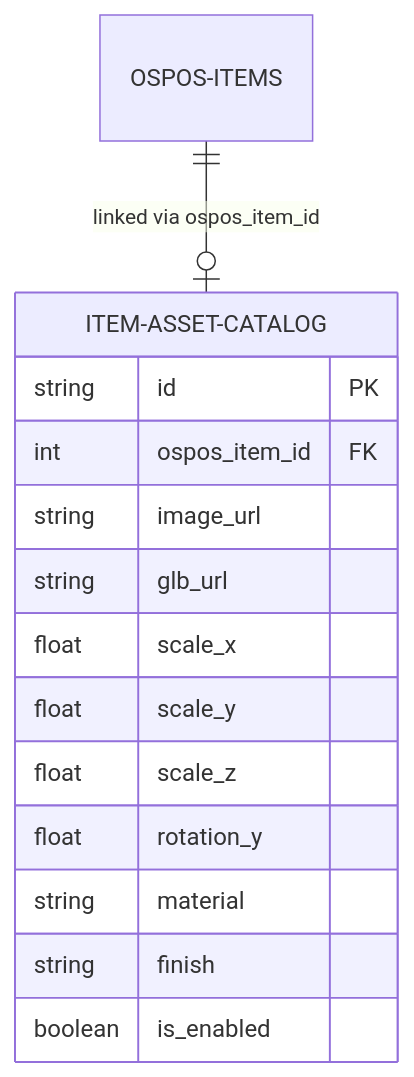
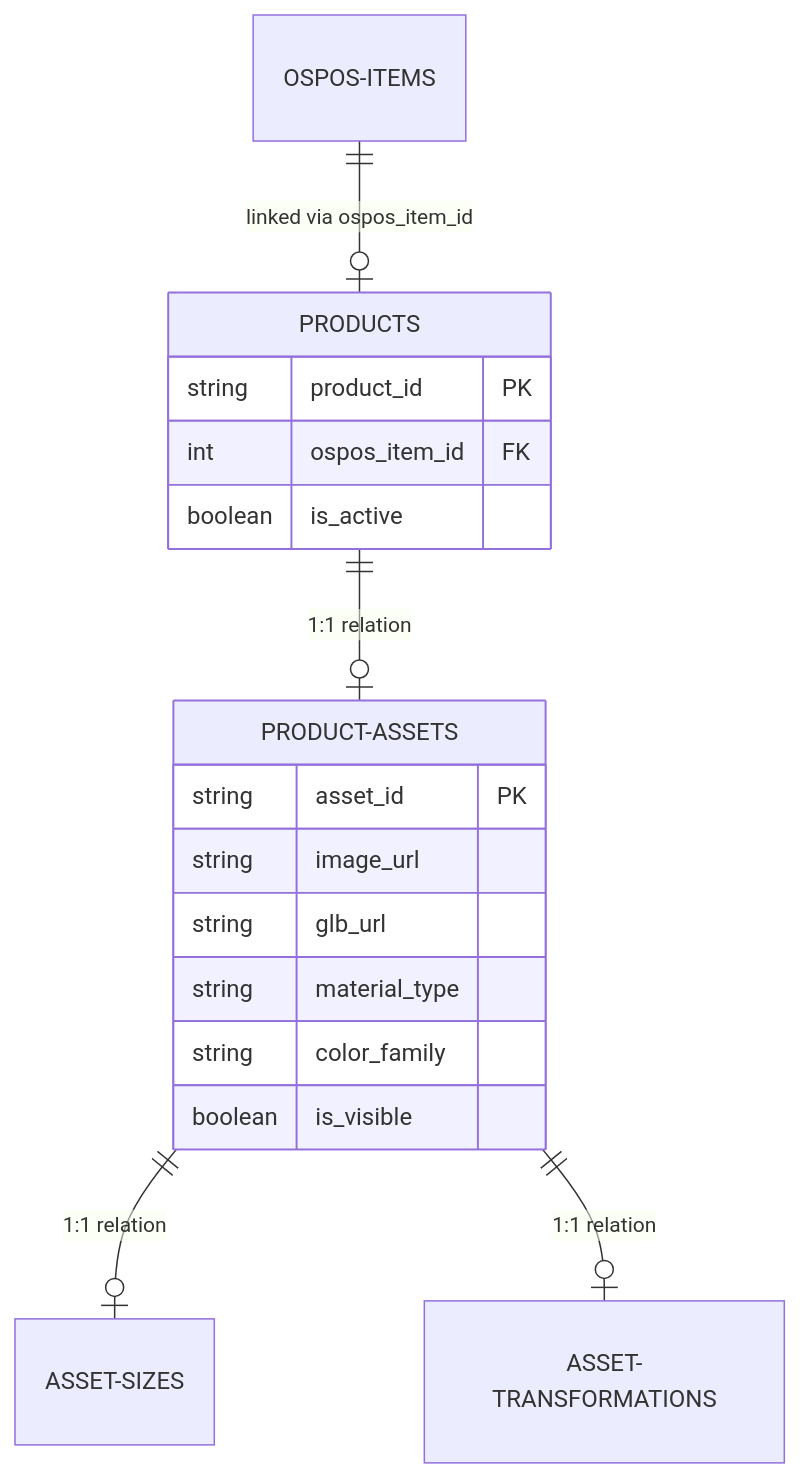
Before and after one commit to supunGN/TileVista-: the diagram in INTEGRATION_GUIDE.md, drawn with Mermaid. The commit also changed other lines of this file and 1 other file, not shown here.

Commit message:
docs: update docs for visibility gates and publishing pipeline

````diff
--- a/INTEGRATION_GUIDE.md
+++ b/INTEGRATION_GUIDE.md
@@ -15,17 +15,21 @@
 ```mermaid
 erDiagram
-    OSPOS-ITEMS ||--o| ITEM-ASSET-CATALOG : "linked via ospos_item_id"
-    ITEM-ASSET-CATALOG {
-        string id PK
+    OSPOS-ITEMS ||--o| PRODUCTS : "linked via ospos_item_id"
+    PRODUCTS ||--o| PRODUCT-ASSETS : "1:1 relation"
+    PRODUCT-ASSETS ||--o| ASSET-SIZES : "1:1 relation"
+    PRODUCT-ASSETS ||--o| ASSET-TRANSFORMATIONS : "1:1 relation"
+    
+    PRODUCTS {
+        string product_id PK
         int ospos_item_id FK
+        boolean is_active
+    }
+    PRODUCT-ASSETS {
+        string asset_id PK
         string image_url
         string glb_url
-        float scale_x
-        float scale_y
-        float scale_z
-        float rotation_y
-        string material
-        string finish
-        boolean is_enabled
+        string material_type
+        string color_family
+        boolean is_visible
     }
 ```
````
